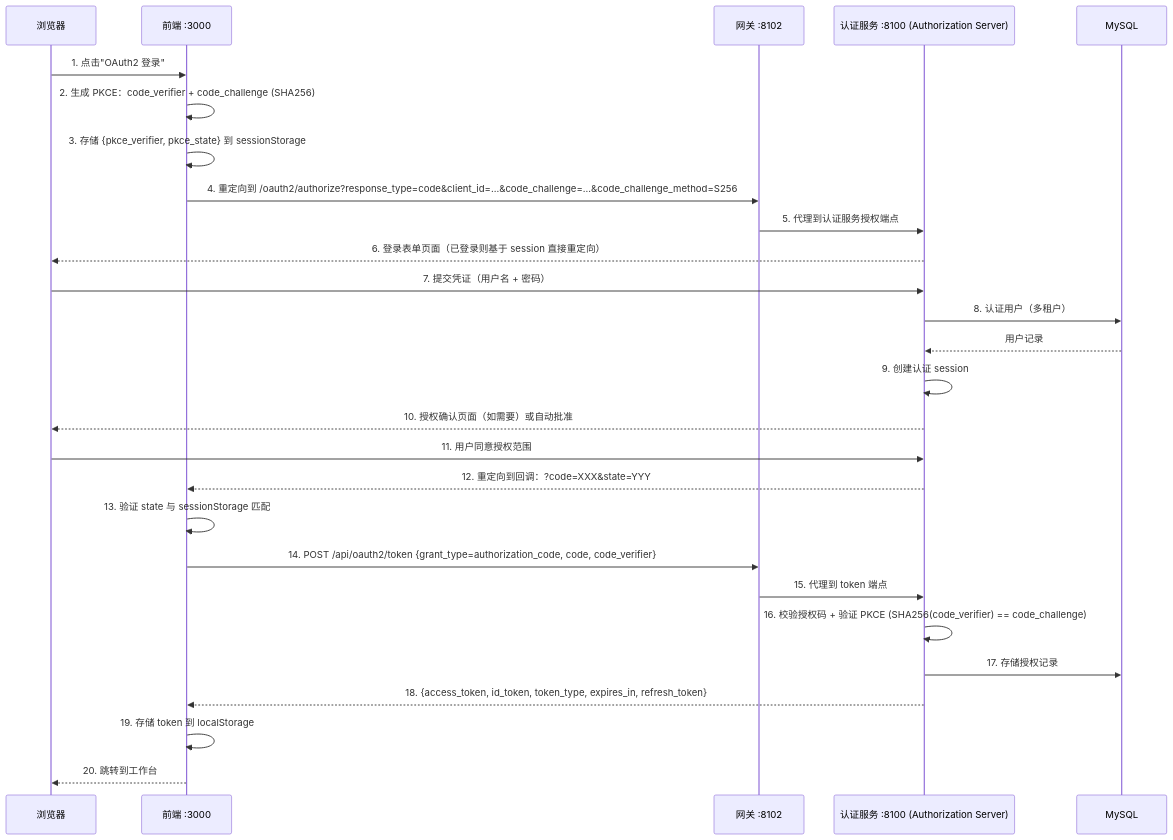
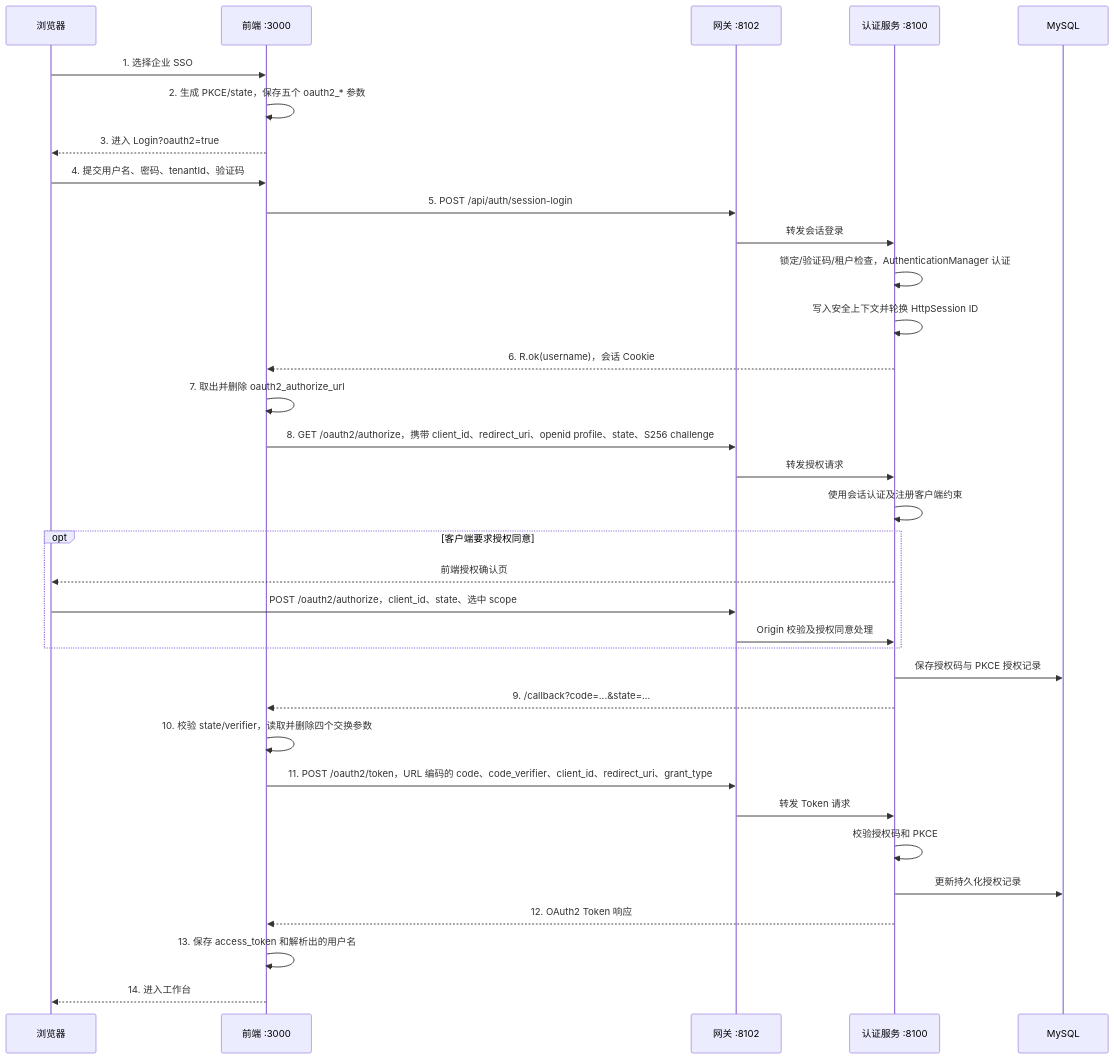
The second of 21 diagrams in docs/core-flows.md (wang-baohai/Omni-Stack), drawn with Mermaid before and after one commit. The commit also changed other lines of this file and 1095 other files, not shown here.

````diff
--- a/docs/core-flows.md
+++ b/docs/core-flows.md
@@ -277,30 +162,37 @@
 ```mermaid
 sequenceDiagram
     participant B as 浏览器
     participant F as 前端 :3000
     participant G as 网关 :8102
-    participant A as 认证服务 :8100 (Authorization Server)
+    participant A as 认证服务 :8100
     participant M as MySQL
 
-    B->>F: 1. 点击"OAuth2 登录"
-    F->>F: 2. 生成 PKCE：code_verifier + code_challenge (SHA256)
-    F->>F: 3. 存储 {pkce_verifier, pkce_state} 到 sessionStorage
-    F->>G: 4. 重定向到 /oauth2/authorize?response_type=code&client_id=...&code_challenge=...&code_challenge_method=S256
-    G->>A: 5. 代理到认证服务授权端点
-    A-->>B: 6. 登录表单页面（已登录则基于 session 直接重定向）
-    B->>A: 7. 提交凭证（用户名 + 密码）
-    A->>M: 8. 认证用户（多租户）
-    M-->>A: 用户记录
-    A->>A: 9. 创建认证 session
-    A-->>B: 10. 授权确认页面（如需要）或自动批准
-    B->>A: 11. 用户同意授权范围
-    A-->>F: 12. 重定向到回调：?code=XXX&state=YYY
-    F->>F: 13. 验证 state 与 sessionStorage 匹配
-    F->>G: 14. POST /api/oauth2/token {grant_type=authorization_code, code, code_verifier}
-    G->>A: 15. 代理到 token 端点
-    A->>A: 16. 校验授权码 + 验证 PKCE (SHA256(code_verifier) == code_challenge)
-    A->>M: 17. 存储授权记录
-    A-->>F: 18. {access_token, id_token, token_type, expires_in, refresh_token}
-    F->>F: 19. 存储 token 到 localStorage
-    F-->>B: 20. 跳转到工作台
+    B->>F: 1. 选择企业 SSO
+    F->>F: 2. 生成 PKCE/state，保存五个 oauth2_* 参数
+    F-->>B: 3. 进入 Login?oauth2=true
+    B->>F: 4. 提交用户名、密码、tenantId、验证码
+    F->>G: 5. POST /api/auth/session-login
+    G->>A: 转发会话登录
+    A->>A: 锁定/验证码/租户检查，AuthenticationManager 认证
+    A->>A: 写入安全上下文并轮换 HttpSession ID
+    A-->>F: 6. R.ok(username)，会话 Cookie
+    F->>F: 7. 取出并删除 oauth2_authorize_url
+    F->>G: 8. GET /oauth2/authorize，携带 client_id、redirect_uri、openid profile、state、S256 challenge
+    G->>A: 转发授权请求
+    A->>A: 使用会话认证及注册客户端约束
+    opt 客户端要求授权同意
+    A-->>B: 前端授权确认页
+    B->>G: POST /oauth2/authorize，client_id、state、选中 scope
+    G->>A: Origin 校验及授权同意处理
+    end
+    A->>M: 保存授权码与 PKCE 授权记录
+    A-->>F: 9. /callback?code=...&state=...
+    F->>F: 10. 校验 state/verifier，读取并删除四个交换参数
+    F->>G: 11. POST /oauth2/token，URL 编码的 code、code_verifier、client_id、redirect_uri、grant_type
+    G->>A: 转发 Token 请求
+    A->>A: 校验授权码和 PKCE
+    A->>M: 更新持久化授权记录
+    A-->>F: 12. OAuth2 Token 响应
+    F->>F: 13. 保存 access_token 和解析出的用户名
+    F-->>B: 14. 进入工作台
 ```
````
